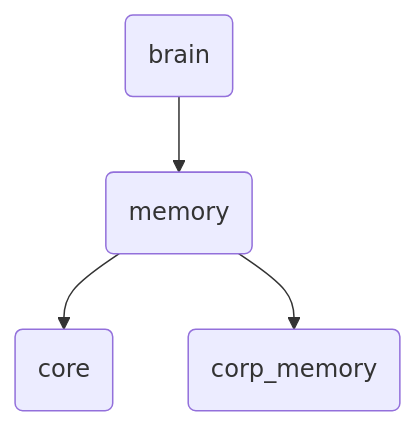
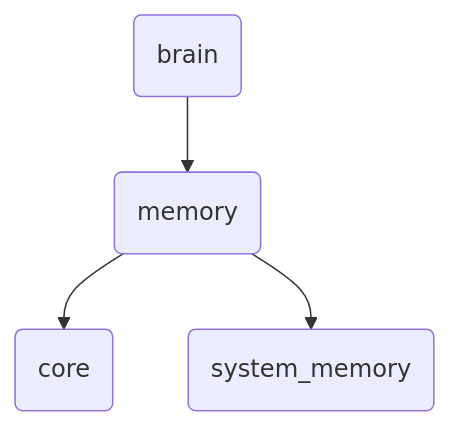
One commit to LongLeo287/OmniClaw changed the diagram in brain/memory/_DIR_IDENTITY.md. Above: the diagram before and after it, drawn with Mermaid. The commit also changed 8993 other files, not shown here.

````diff
--- a/brain/memory/_DIR_IDENTITY.md
+++ b/brain/memory/_DIR_IDENTITY.md
@@ -22,6 +22,6 @@
 ```mermaid
 graph TD
   Parent("brain") --> Node("memory")
   Node --> S1("core")
-  Node --> S2("corp_memory")
+  Node --> S2("system_memory")
 ```
````
